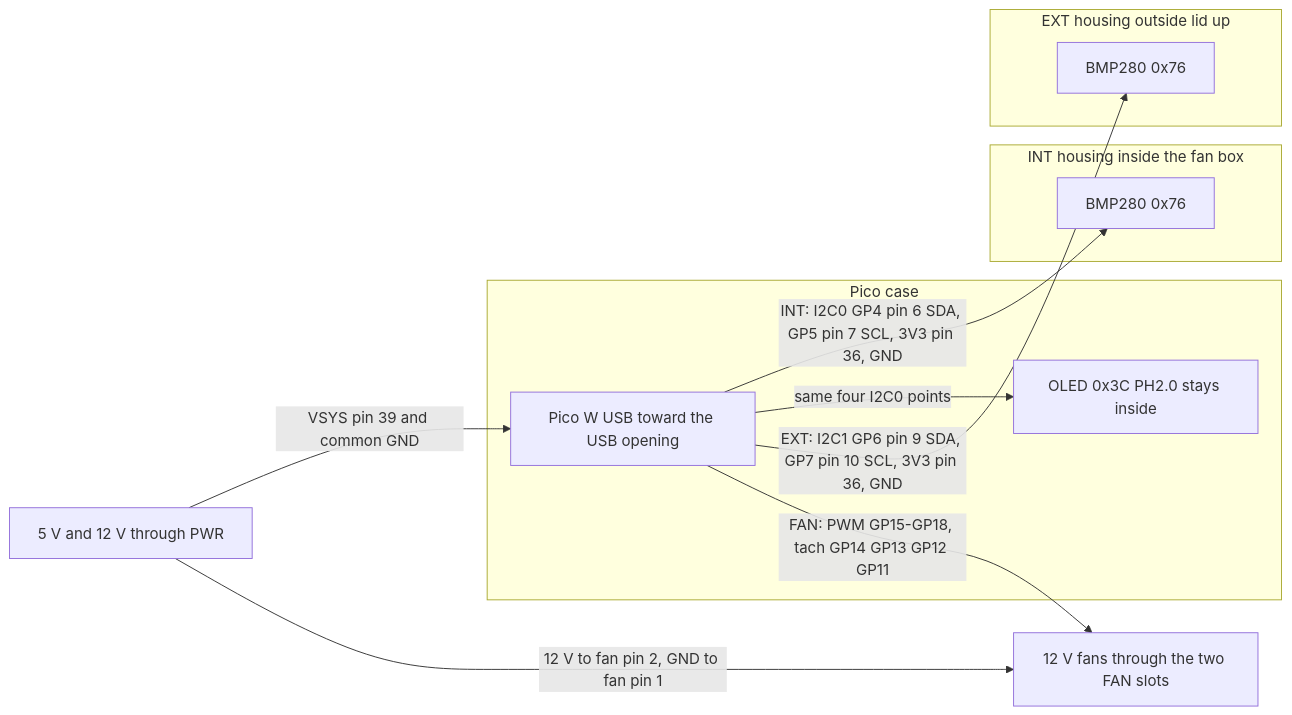
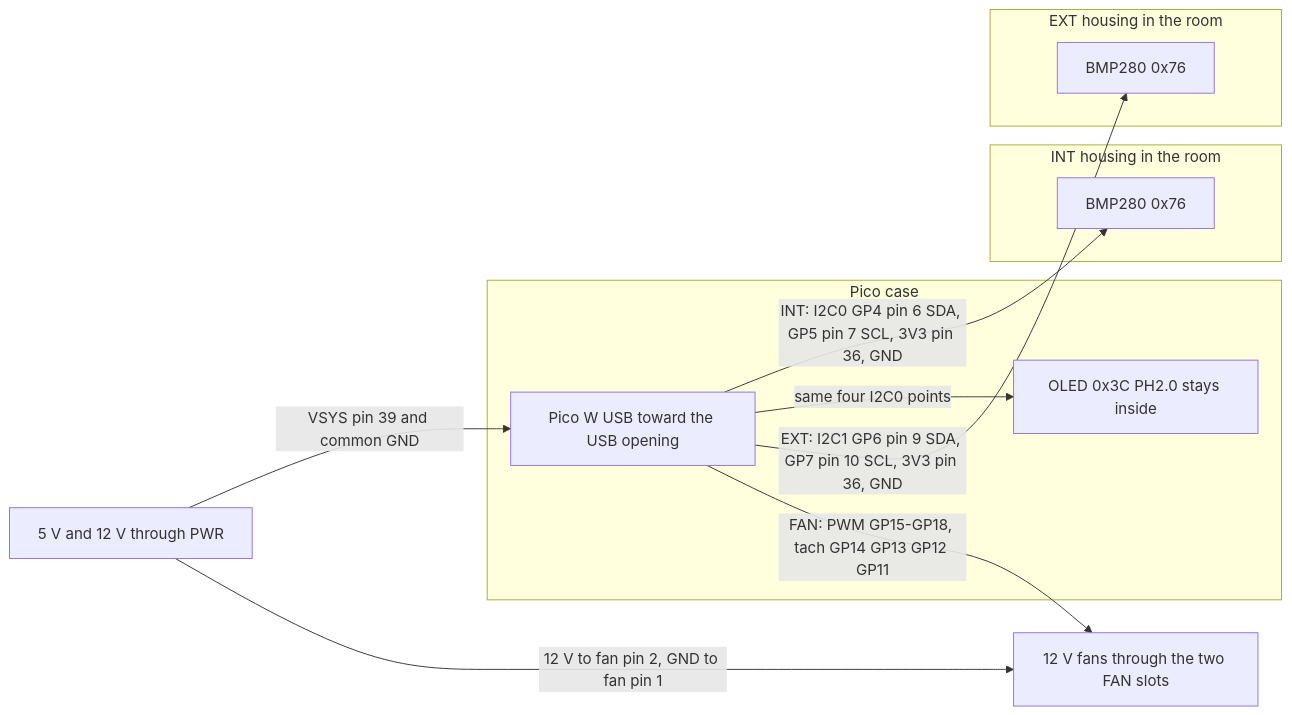
One commit to thordin9/rp-pico-fan-controller changed the diagram in enclosure/README.md. Above: the diagram before and after it, drawn with Mermaid. The commit also changed other lines of this file and 62 other files, not shown here.

````diff
--- a/enclosure/README.md
+++ b/enclosure/README.md
@@ -66,21 +84,21 @@
 ```mermaid
 flowchart LR
   subgraph box [Pico case]
     pico["Pico W USB toward the USB opening"]
     oled["OLED 0x3C PH2.0 stays inside"]
   end
-  subgraph inside [INT housing inside the fan box]
+  subgraph inside [INT housing in the room]
     bmpI["BMP280 0x76"]
   end
-  subgraph outside [EXT housing outside lid up]
+  subgraph outside [EXT housing in the room]
     bmpE["BMP280 0x76"]
   end
   fans["12 V fans through the two FAN slots"]
   supply["5 V and 12 V through PWR"]
   pico -->|"INT: I2C0 GP4 pin 6 SDA, GP5 pin 7 SCL, 3V3 pin 36, GND"| bmpI
   pico -->|"same four I2C0 points"| oled
   pico -->|"EXT: I2C1 GP6 pin 9 SDA, GP7 pin 10 SCL, 3V3 pin 36, GND"| bmpE
   pico -->|"FAN: PWM GP15-GP18, tach GP14 GP13 GP12 GP11"| fans
   supply -->|"VSYS pin 39 and common GND"| pico
   supply -->|"12 V to fan pin 2, GND to fan pin 1"| fans
 ```
````
